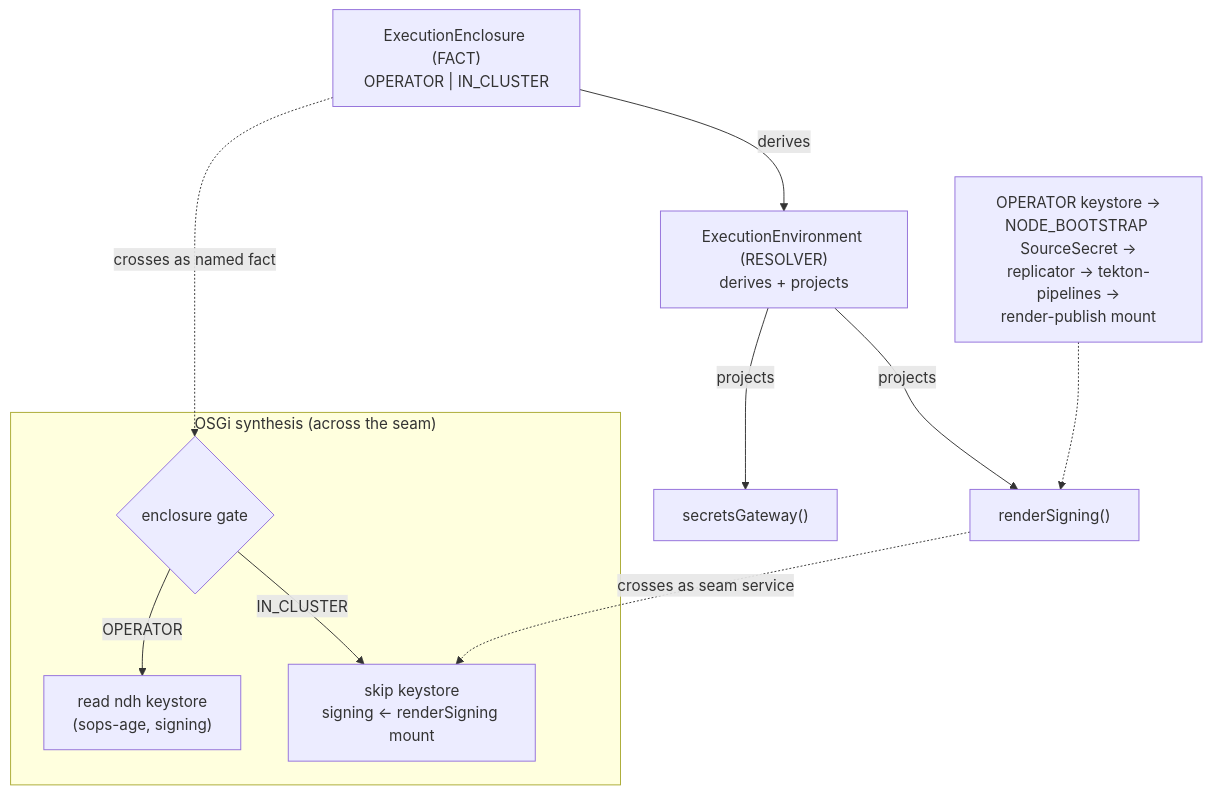
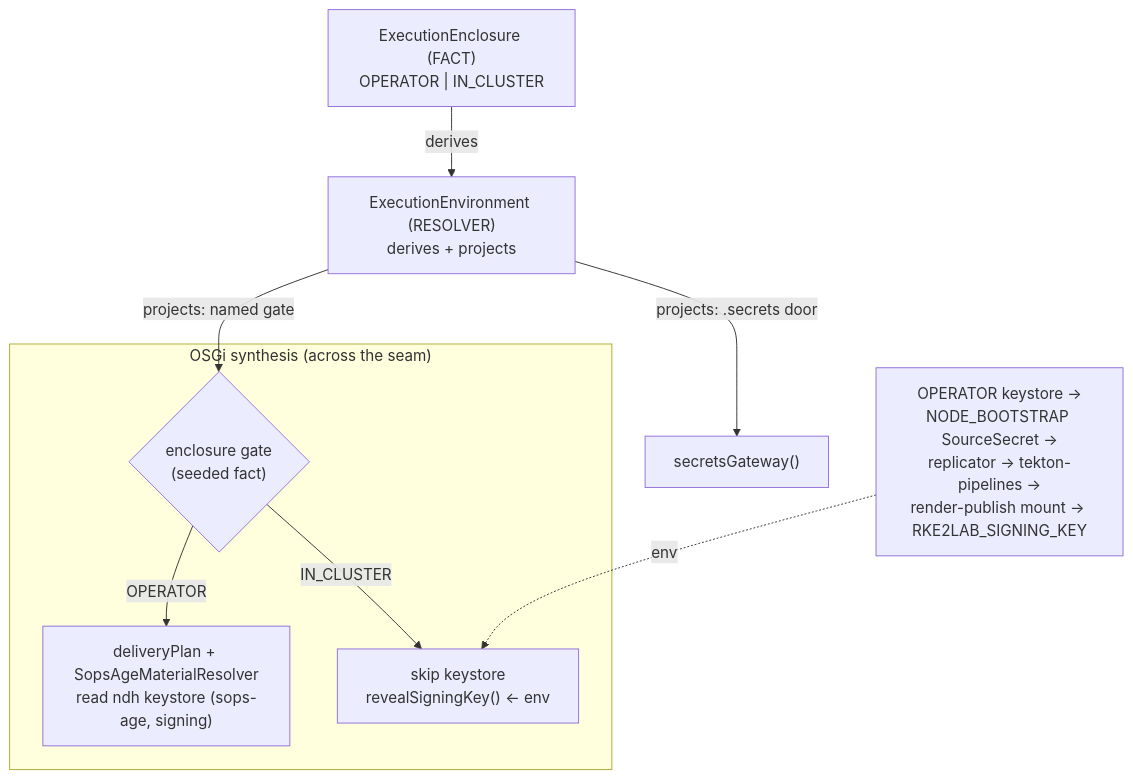
The third of 3 diagrams in docs/architecture/cluster-api/pac-in-cluster-render-spec.adoc (nxmatic/rke2lab), drawn with Mermaid before and after one commit. The commit also changed other lines of this file, not shown here.

First line of the commit message:
docs(render): signing key is a scenario-side reveal, twin of the push token

```diff
--- a/docs/architecture/cluster-api/pac-in-cluster-render-spec.adoc
+++ b/docs/architecture/cluster-api/pac-in-cluster-render-spec.adoc
@@ -182,18 +189,16 @@
 [mermaid]
 ....
 flowchart TB
   Encl["ExecutionEnclosure (FACT)<br/>OPERATOR | IN_CLUSTER"]
   Env["ExecutionEnvironment (RESOLVER)<br/>derives + projects"]
   Encl -->|derives| Env
-  Env -->|projects| SG["secretsGateway()"]
-  Env -->|projects| RS["renderSigning()"]
+  Env -->|projects: named gate| Gate
+  Env -->|projects: .secrets door| SG["secretsGateway()"]
   subgraph OSGi["OSGi synthesis (across the seam)"]
-    Gate{"enclosure gate"}
-    Gate -->|OPERATOR| KS["read ndh keystore<br/>(sops-age, signing)"]
-    Gate -->|IN_CLUSTER| Skip["skip keystore<br/>signing ← renderSigning mount"]
+    Gate{"enclosure gate<br/>(seeded fact)"}
+    Gate -->|OPERATOR| KS["deliveryPlan + SopsAgeMaterialResolver<br/>read ndh keystore (sops-age, signing)"]
+    Gate -->|IN_CLUSTER| Skip["skip keystore<br/>revealSigningKey() ← env"]
   end
-  Encl -.->|crosses as named fact| Gate
-  RS -.->|crosses as seam service| Skip
-  SignSrc["OPERATOR keystore →<br/>NODE_BOOTSTRAP SourceSecret →<br/>replicator → tekton-pipelines →<br/>render-publish mount"]
-  SignSrc -.-> RS
+  SignSrc["OPERATOR keystore →<br/>NODE_BOOTSTRAP SourceSecret →<br/>replicator → tekton-pipelines →<br/>render-publish mount → RKE2LAB_SIGNING_KEY"]
+  SignSrc -.->|env| Skip
 ....
```
